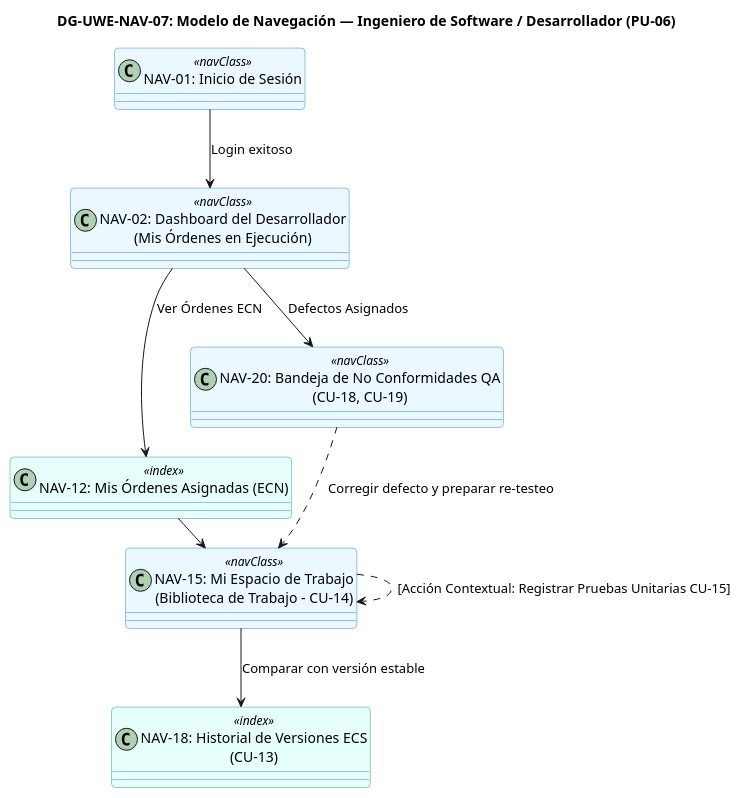
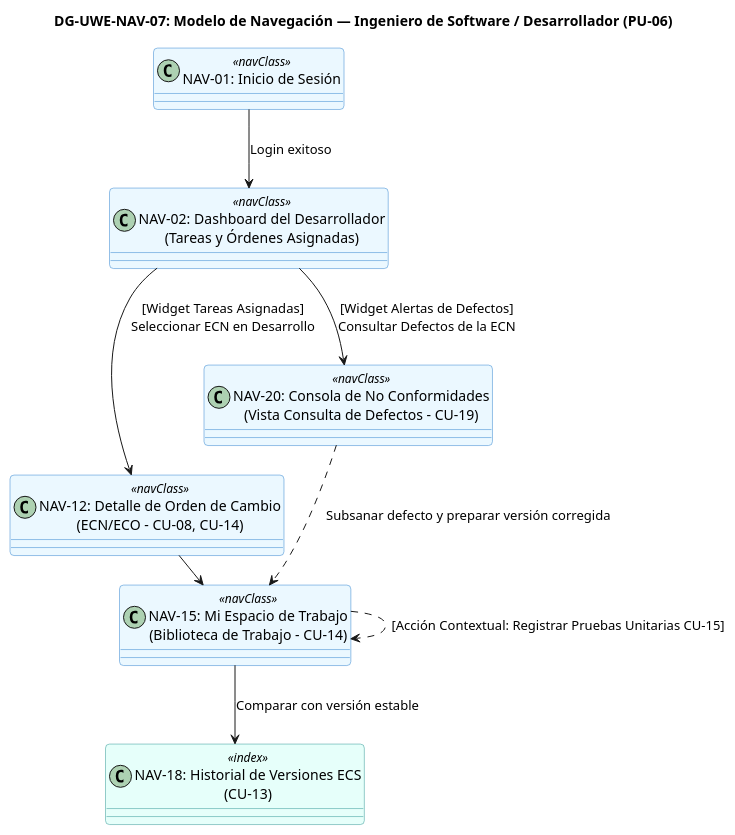
Diagram 22 of 36 in FD05-EPIS-Informe_SAD_Diseno.md (JMedina255/TraceFlow), drawn with PlantUML before and after one commit. The commit also changed other lines of this file and 1 other file, not shown here.

Commit message:
docs(sad-diseno): incorporar modelo uwe de presentacion seccion 20, dg-uwe-pres-01..13 y saneamiento nav

````diff
--- a/FD05-EPIS-Informe_SAD_Diseno.md
+++ b/FD05-EPIS-Informe_SAD_Diseno.md
@@ -2638,38 +2655,38 @@
 ```plantuml
 @startuml
 skinparam shadowing false
 skinparam roundcorner 8
 skinparam defaultFontName Arial
 skinparam packageStyle rectangle
 
 title <b>DG-UWE-NAV-07: Modelo de Navegación — Ingeniero de Software / Desarrollador (PU-06)</b>
 
 skinparam class {
     BackgroundColor<<navClass>> #EBF8FF
     BorderColor<<navClass>> #3182CE
     BackgroundColor<<index>> #E6FFFA
     BorderColor<<index>> #319795
     BackgroundColor<<process>> #FFF5F5
     BorderColor<<process>> #E53E3E
 }
 
 class "NAV-01: Inicio de Sesión" as NAV01 <<navClass>>
-class "NAV-02: Dashboard del Desarrollador\n(Mis Órdenes en Ejecución)" as NAV02 <<navClass>>
+class "NAV-02: Dashboard del Desarrollador\n(Tareas y Órdenes Asignadas)" as NAV02 <<navClass>>
 
-class "NAV-12: Mis Órdenes Asignadas (ECN)" as NAV12 <<index>>
+class "NAV-12: Detalle de Orden de Cambio\n(ECN/ECO - CU-08, CU-14)" as NAV12 <<navClass>>
 class "NAV-15: Mi Espacio de Trabajo\n(Biblioteca de Trabajo - CU-14)" as NAV15 <<navClass>>
 class "NAV-18: Historial de Versiones ECS\n(CU-13)" as NAV18 <<index>>
-class "NAV-20: Bandeja de No Conformidades QA\n(CU-18, CU-19)" as NAV20 <<navClass>>
+class "NAV-20: Consola de No Conformidades\n(Vista Consulta de Defectos - CU-19)" as NAV20 <<navClass>>
 
 NAV01 -down-> NAV02 : Login exitoso
 
-NAV02 -down-> NAV12 : Ver Órdenes ECN
-NAV02 -down-> NAV20 : Defectos Asignados
+NAV02 -down-> NAV12 : [Widget Tareas Asignadas]\nSeleccionar ECN en Desarrollo
+NAV02 -down-> NAV20 : [Widget Alertas de Defectos]\nConsultar Defectos de la ECN
 
-NAV12 -right-> NAV15 : [Condición: Check-Out realizado]\nAcceder a Código Fuente
+NAV12 -right-> NAV15 : [Condición: Check-Out realizado]\nAcceder a Archivo en Trabajo
 NAV15 -down-> NAV18 : Comparar con versión estable
 NAV15 ..> NAV15 : [Acción Contextual: Registrar Pruebas Unitarias CU-15]
-NAV20 ..> NAV15 : Corregir defecto y preparar re-testeo
+NAV20 ..> NAV15 : Subsanar defecto y preparar versión corregida
 
 @enduml
 ```
````
